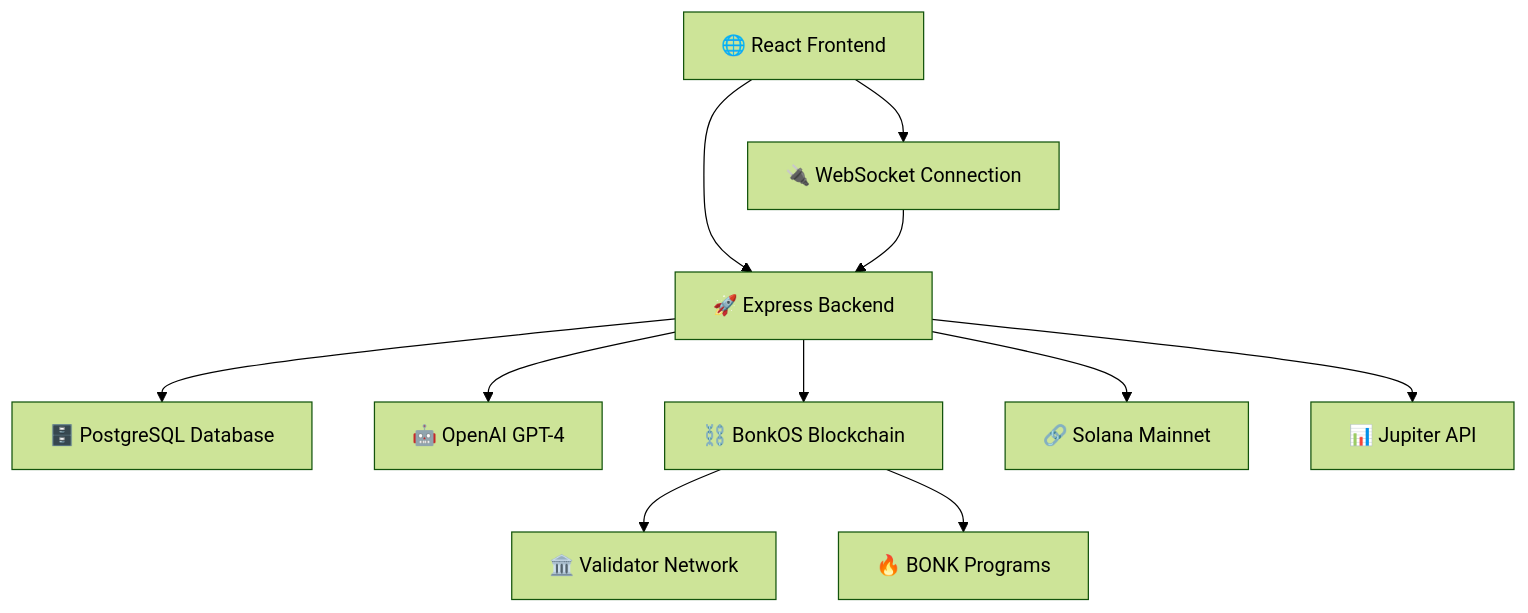
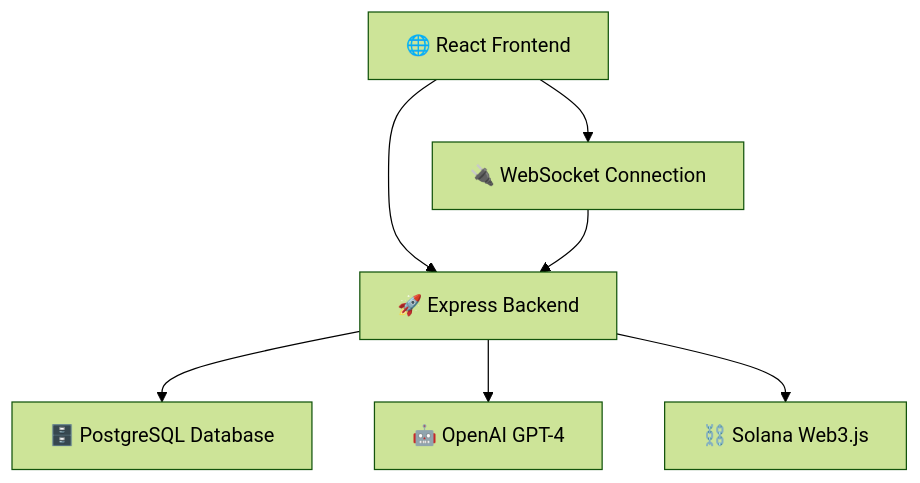
The diagram in README.md (BonkTerminalapp/bonkos-terminal), drawn with Mermaid (forest theme) before and after one commit. The commit also changed other lines of this file, not shown here.

````diff
--- a/README.md
+++ b/README.md
@@ -241,13 +190,9 @@
 ```mermaid
 graph TB
     A[🌐 React Frontend] --> B[🚀 Express Backend]
     B --> C[🗄️ PostgreSQL Database]
     B --> D[🤖 OpenAI GPT-4]
-    B --> E[⛓️ BonkOS Blockchain]
-    B --> F[🔗 Solana Mainnet]
-    B --> G[📊 Jupiter API]
-    A --> H[🔌 WebSocket Connection]
-    H --> B
-    E --> I[🏛️ Validator Network]
-    E --> J[🔥 BONK Programs]
+    B --> E[⛓️ Solana Web3.js]
+    A --> F[🔌 WebSocket Connection]
+    F --> B
 ```
````
